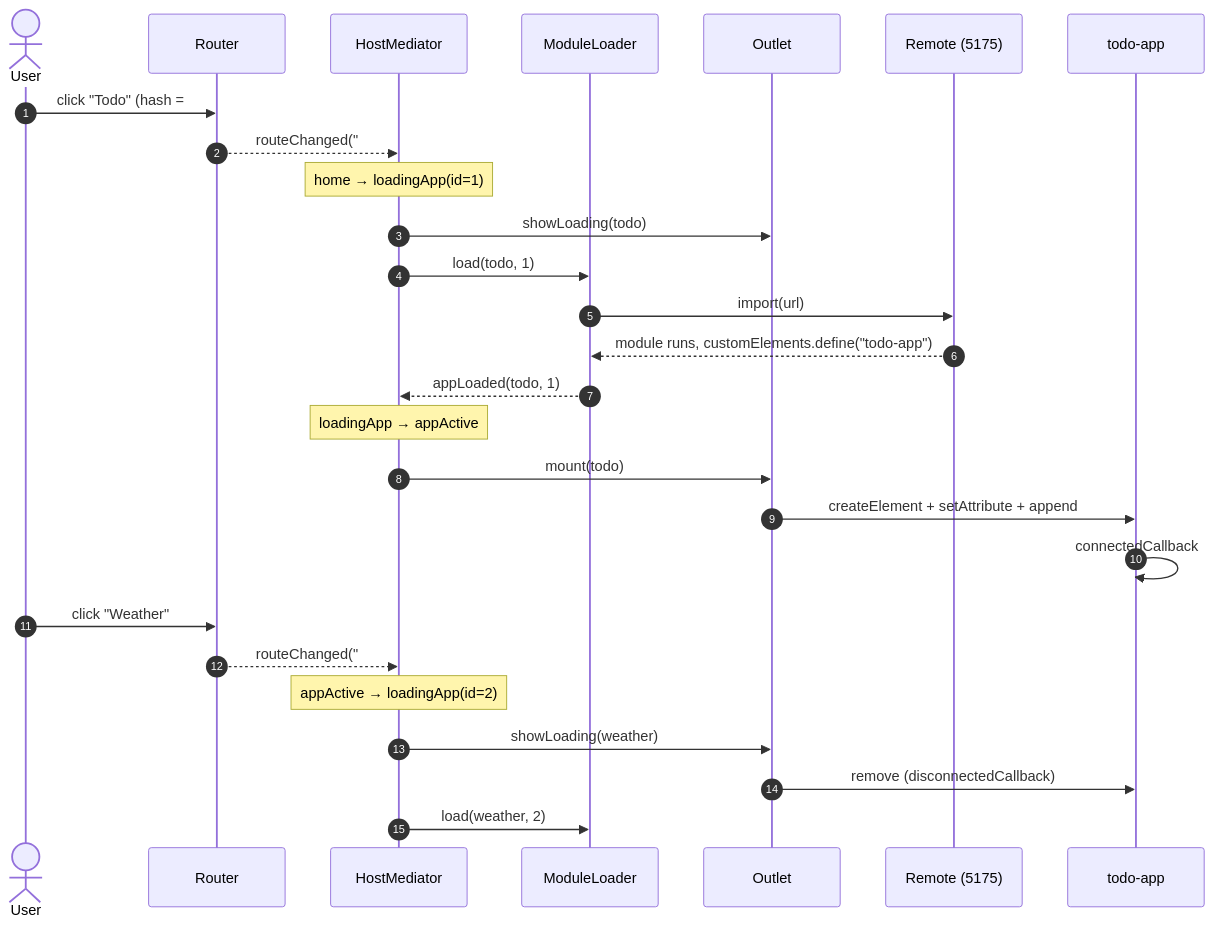
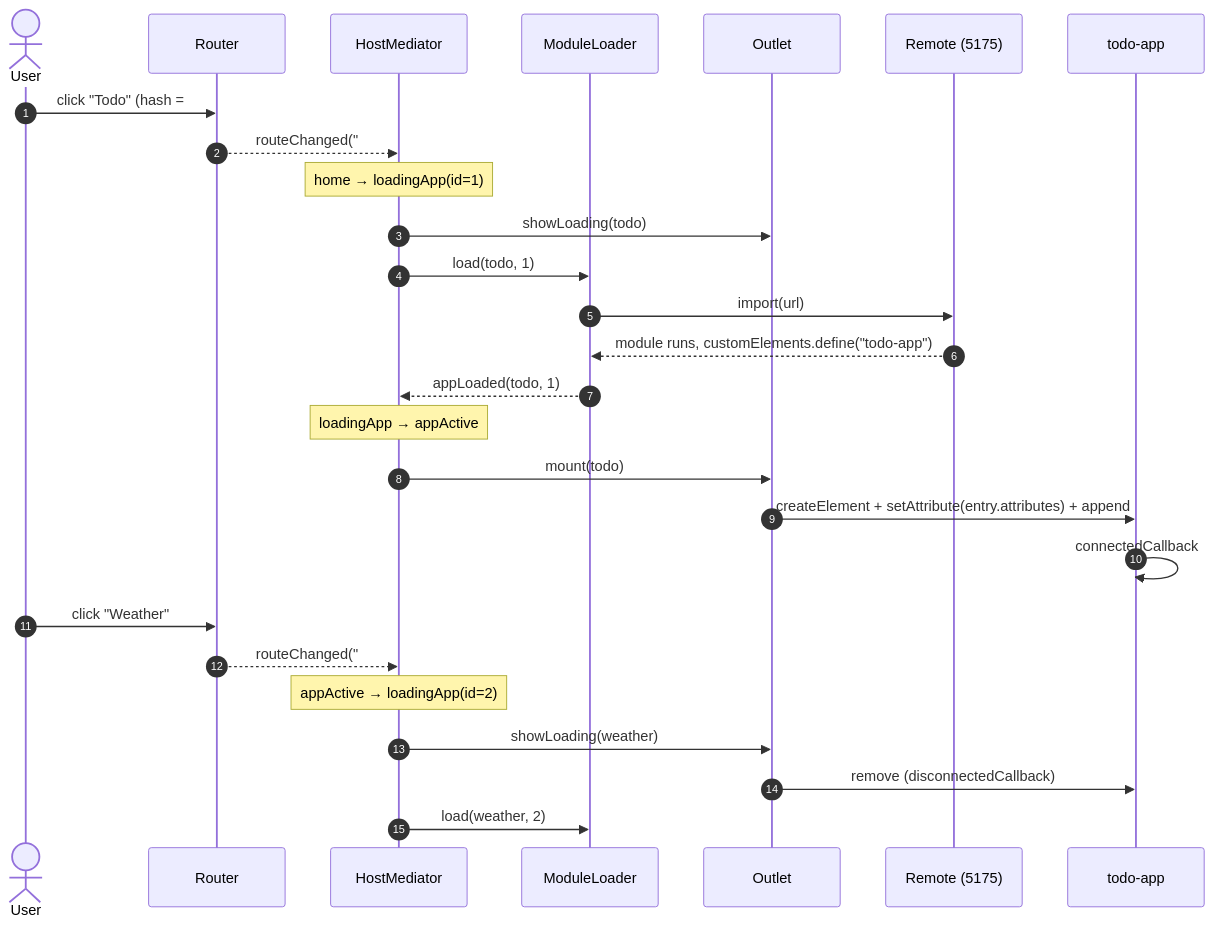
The fourth of 6 diagrams in docs/milestones/m1-host-shell.md (vungdv/micro-frontend-webcomponent), drawn with Mermaid before and after one commit. The commit also changed other lines of this file and 3 other files, not shown here.

````diff
--- a/docs/milestones/m1-host-shell.md
+++ b/docs/milestones/m1-host-shell.md
@@ -132,31 +131,31 @@
 ```mermaid
 sequenceDiagram
   autonumber
   actor U as User
   participant R as Router
   participant M as HostMediator
   participant ML as ModuleLoader
   participant O as Outlet
   participant Rem as Remote (5175)
   participant El as todo-app
 
   U->>R: click "Todo" (hash = #/todo)
   R-->>M: routeChanged("#/todo", todo)
   Note over M: home → loadingApp(id=1)
   M->>O: showLoading(todo)
   M->>ML: load(todo, 1)
   ML->>Rem: import(url)
   Rem-->>ML: module runs, customElements.define("todo-app")
   ML-->>M: appLoaded(todo, 1)
   Note over M: loadingApp → appActive
   M->>O: mount(todo)
-  O->>El: createElement + setAttribute + append
+  O->>El: createElement + setAttribute(entry.attributes) + append
   El->>El: connectedCallback
 
   U->>R: click "Weather"
   R-->>M: routeChanged("#/weather", weather)
   Note over M: appActive → loadingApp(id=2)
   M->>O: showLoading(weather)
   O->>El: remove (disconnectedCallback)
   M->>ML: load(weather, 2)
 ```
````
